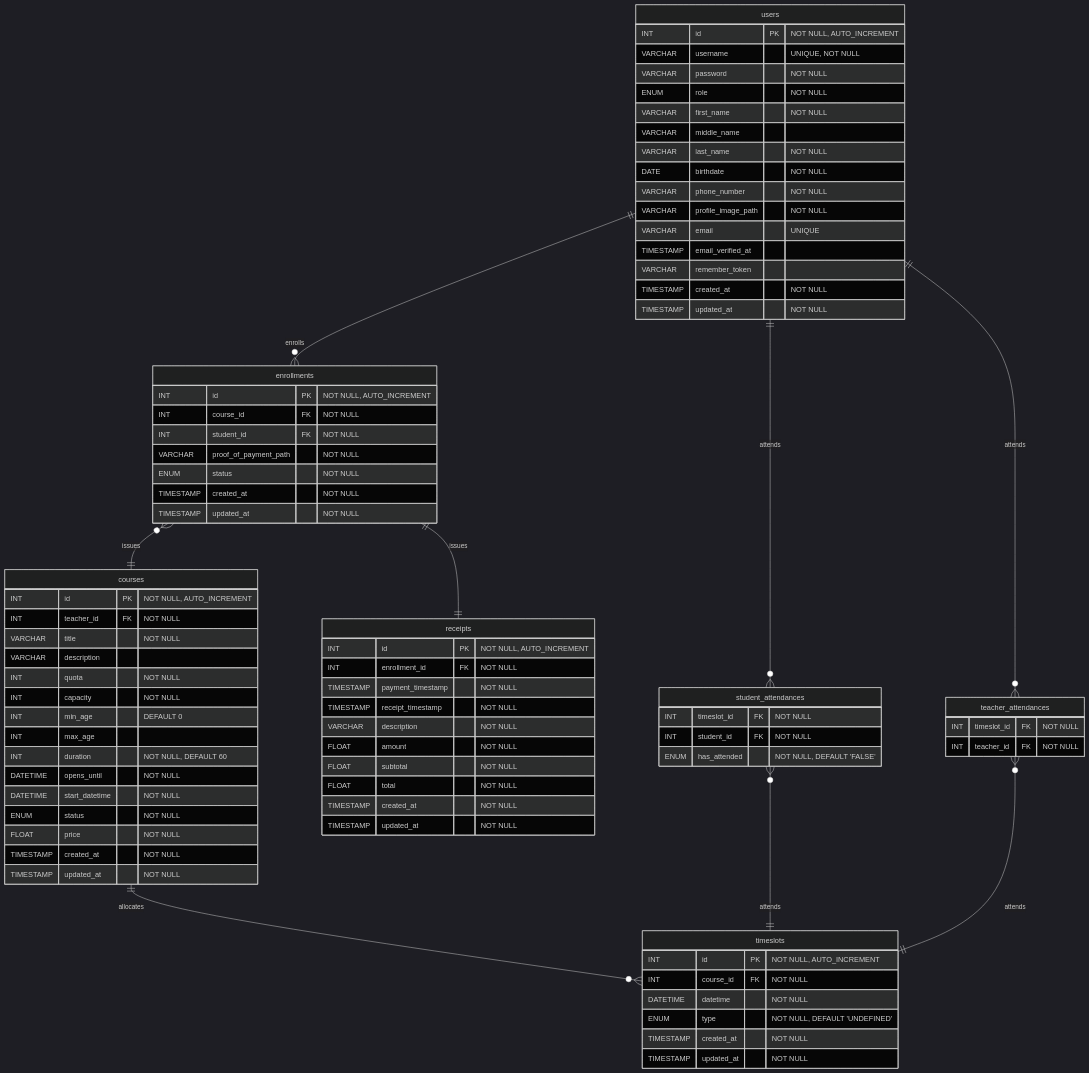
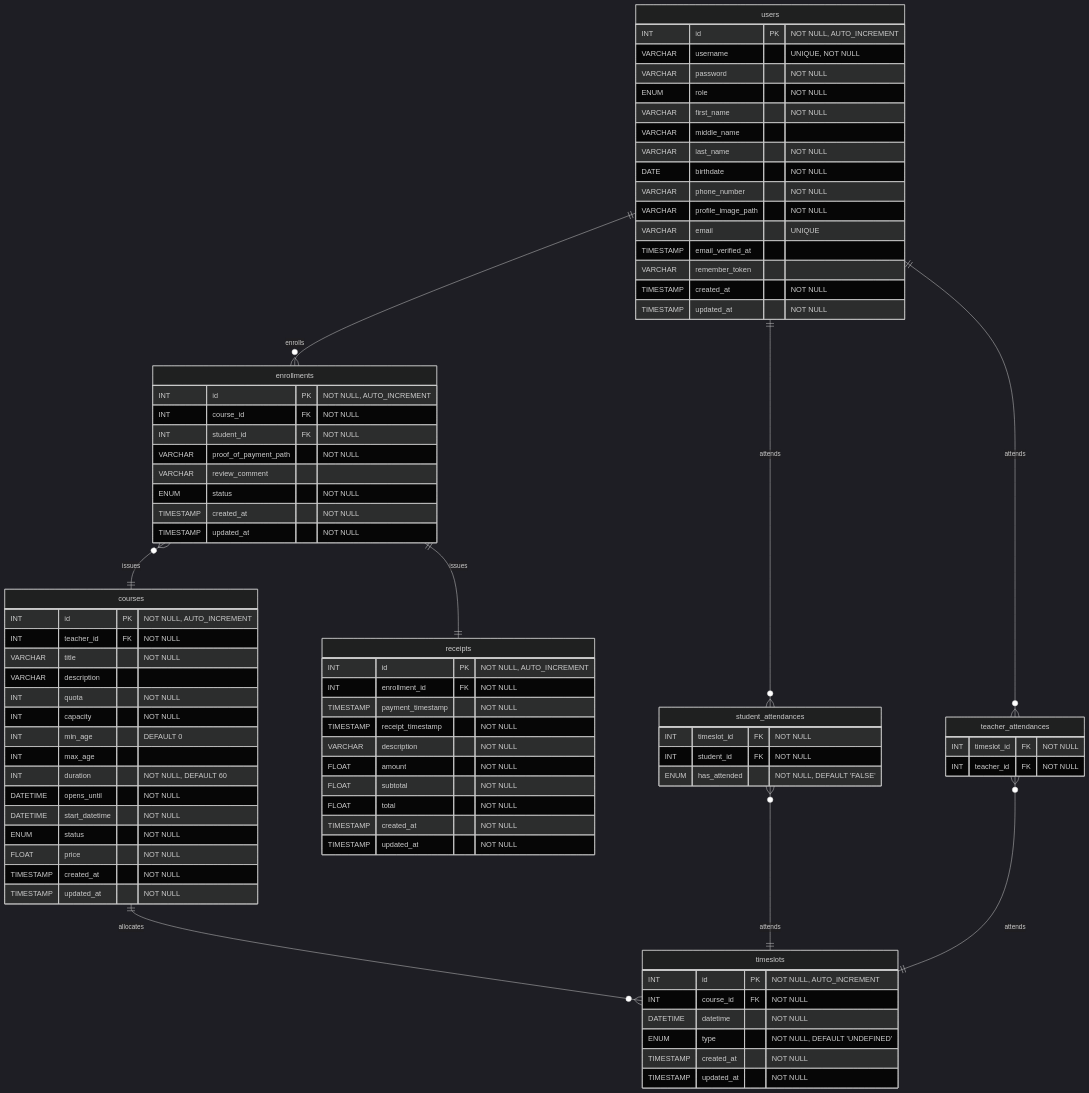
Before and after one commit to SaluteKevin/AQkid: the diagram in Design/er.md, drawn with Mermaid (dark theme). The commit also changed 1 other file, not shown here.

Commit message:
Fix ER diagram
Add field to enrollments table
Staff must provide comment while rejecting an enrollment request.

```diff
--- a/Design/er.md
+++ b/Design/er.md
@@ -45,6 +45,7 @@
         INT course_id FK "NOT NULL"
         INT student_id FK "NOT NULL"
         VARCHAR proof_of_payment_path "NOT NULL"
+        VARCHAR review_comment
         ENUM status "NOT NULL"
         TIMESTAMP created_at "NOT NULL"
         TIMESTAMP updated_at "NOT NULL"
```
